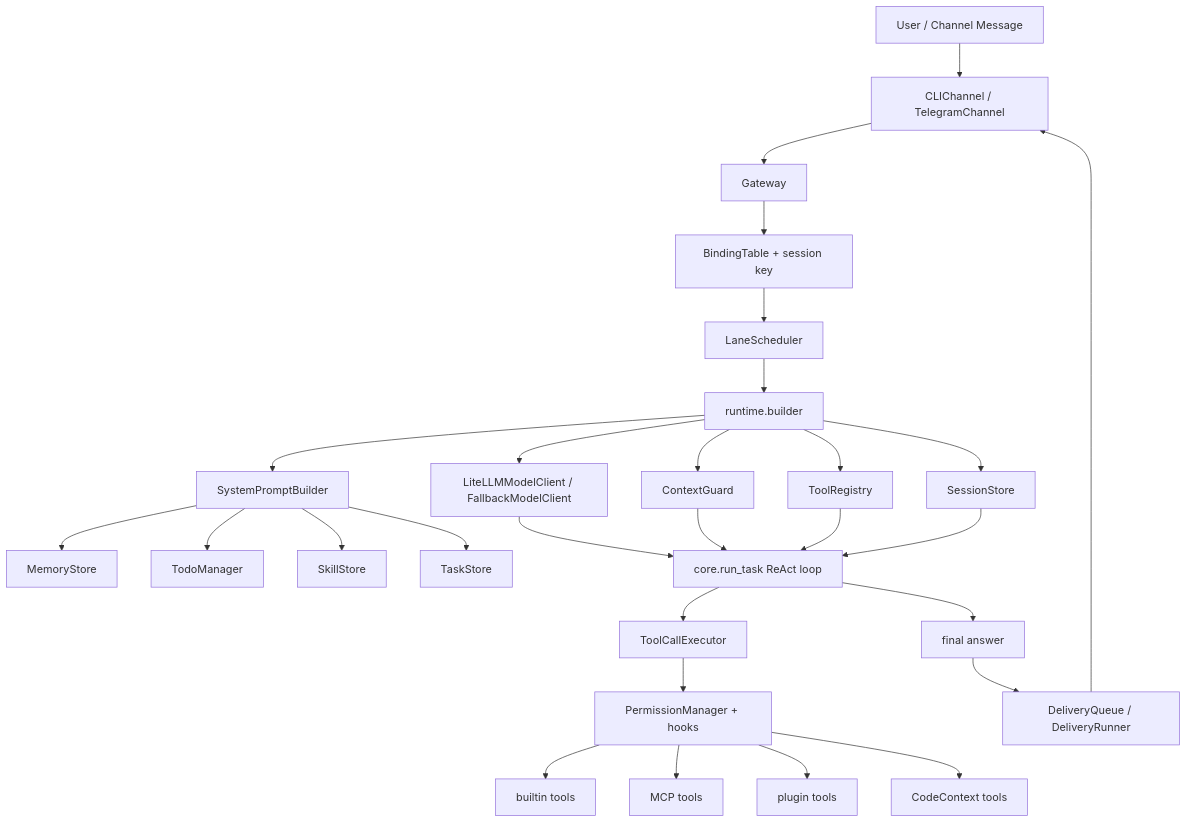
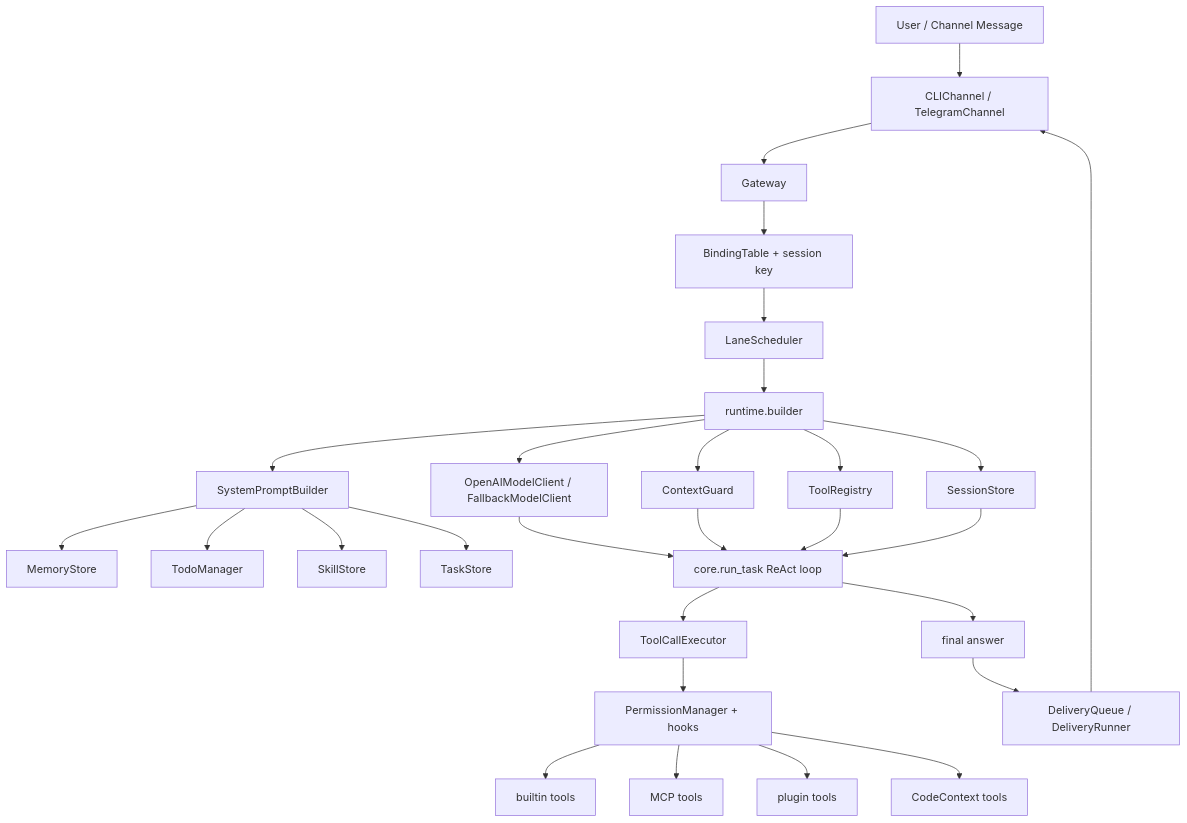
One commit to dahuangggg/zx-code changed the first of 3 diagrams in README.md. Above: the diagram before and after it, drawn with Mermaid. The commit also changed other lines of this file and 14 other files, not shown here.

````diff
--- a/README.md
+++ b/README.md
@@ -72,35 +70,35 @@
 ```mermaid
 flowchart TD
     User["User / Channel Message"] --> Channel["CLIChannel / TelegramChannel"]
     Channel --> Gateway["Gateway"]
     Gateway --> Binding["BindingTable + session key"]
     Binding --> Lane["LaneScheduler"]
     Lane --> Runtime["runtime.builder"]
 
     Runtime --> Prompt["SystemPromptBuilder"]
     Runtime --> Context["ContextGuard"]
-    Runtime --> Model["LiteLLMModelClient / FallbackModelClient"]
+    Runtime --> Model["OpenAIModelClient / FallbackModelClient"]
     Runtime --> Tools["ToolRegistry"]
     Runtime --> Store["SessionStore"]
 
     Prompt --> Memory["MemoryStore"]
     Prompt --> Todo["TodoManager"]
     Prompt --> Skills["SkillStore"]
     Prompt --> Tasks["TaskStore"]
 
     Model --> Loop["core.run_task ReAct loop"]
     Context --> Loop
     Tools --> Loop
     Store --> Loop
 
     Loop --> Executor["ToolCallExecutor"]
     Executor --> Permission["PermissionManager + hooks"]
     Permission --> Builtins["builtin tools"]
     Permission --> MCP["MCP tools"]
     Permission --> Plugins["plugin tools"]
     Permission --> CodeContext["CodeContext tools"]
 
     Loop --> Reply["final answer"]
     Reply --> Delivery["DeliveryQueue / DeliveryRunner"]
     Delivery --> Channel
 ```
````
